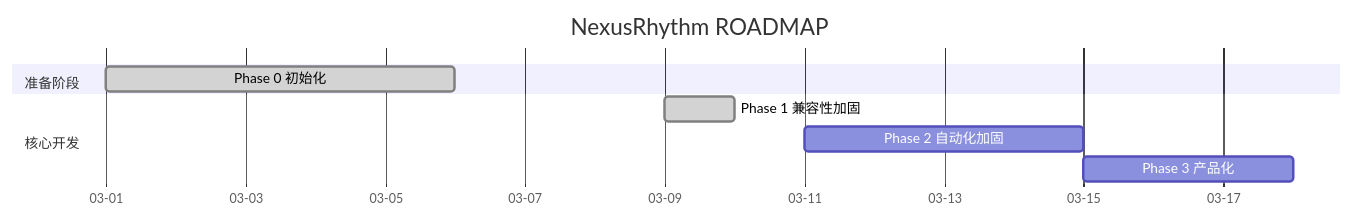
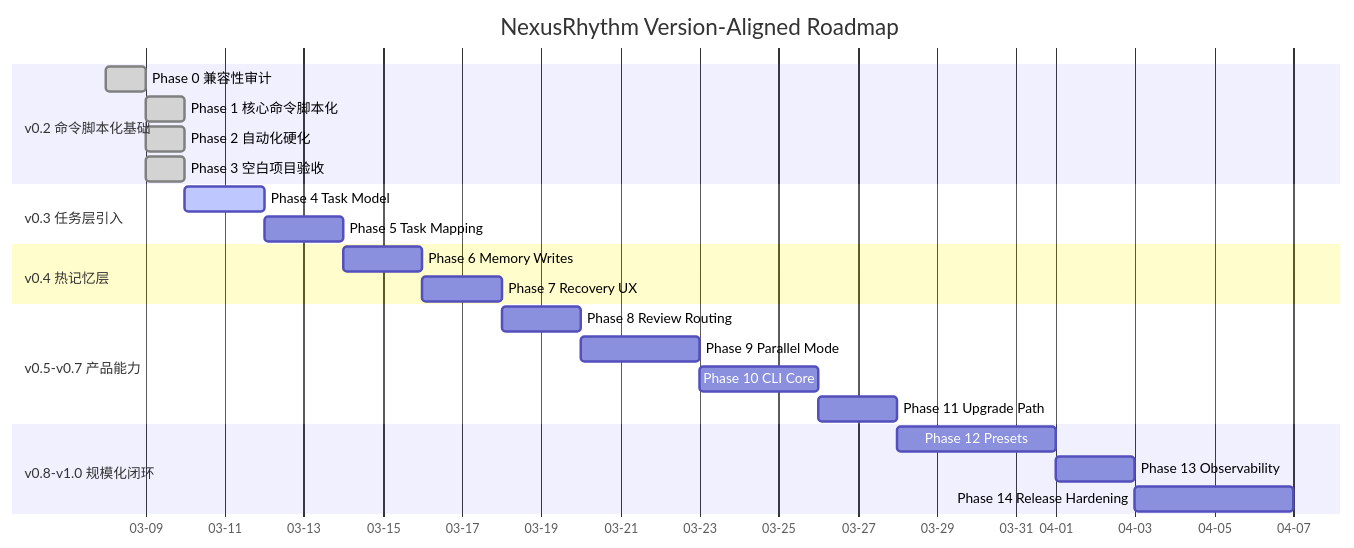
The diagram in ROADMAP.md (NeoxNexus/NexusRhythm), drawn with Mermaid before and after one commit. The commit also changed other lines of this file and 4 other files, not shown here.

Commit message:
docs: realign roadmap to product versions

````diff
--- a/ROADMAP.md
+++ b/ROADMAP.md
@@ -63,14 +92,31 @@
 ```mermaid
 gantt
-    title NexusRhythm ROADMAP
+    title NexusRhythm Version-Aligned Roadmap
     dateFormat  YYYY-MM-DD
     axisFormat  %m-%d
 
-    section 准备阶段
-    Phase 0 初始化        :done, 2026-03-01, 5d
+    section v0.2 命令脚本化基础
+    Phase 0 兼容性审计          :done, p0, 2026-03-08, 1d
+    Phase 1 核心命令脚本化      :done, p1, 2026-03-09, 1d
+    Phase 2 自动化硬化          :done, p2, 2026-03-09, 1d
+    Phase 3 空白项目验收        :done, p3, 2026-03-09, 1d
 
-    section 核心开发
-    Phase 1 兼容性加固      :done, 2026-03-09, 1d
-    Phase 2 自动化加固      :        2026-03-11, 4d
-    Phase 3 产品化          :        2026-03-15, 3d
+    section v0.3 任务层引入
+    Phase 4 Task Model         :active, p4, 2026-03-10, 2d
+    Phase 5 Task Mapping       :p5, after p4, 2d
+
+    section v0.4 热记忆层
+    Phase 6 Memory Writes      :p6, after p5, 2d
+    Phase 7 Recovery UX        :p7, after p6, 2d
+
+    section v0.5-v0.7 产品能力
+    Phase 8 Review Routing     :p8, after p7, 2d
+    Phase 9 Parallel Mode      :p9, after p8, 3d
+    Phase 10 CLI Core          :p10, after p9, 3d
+    Phase 11 Upgrade Path      :p11, after p10, 2d
+
+    section v0.8-v1.0 规模化闭环
+    Phase 12 Presets           :p12, after p11, 4d
+    Phase 13 Observability     :p13, after p12, 2d
+    Phase 14 Release Hardening :p14, after p13, 4d
 ```
````
